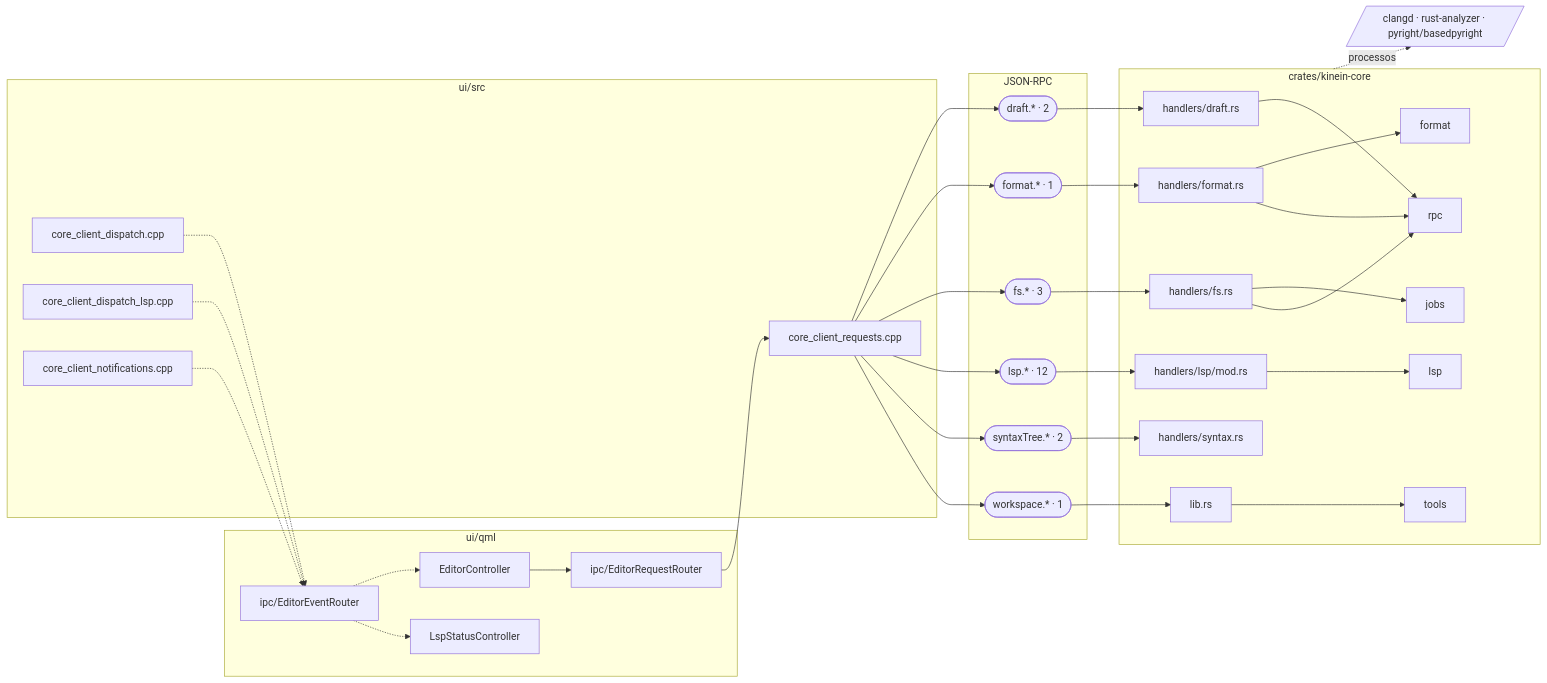
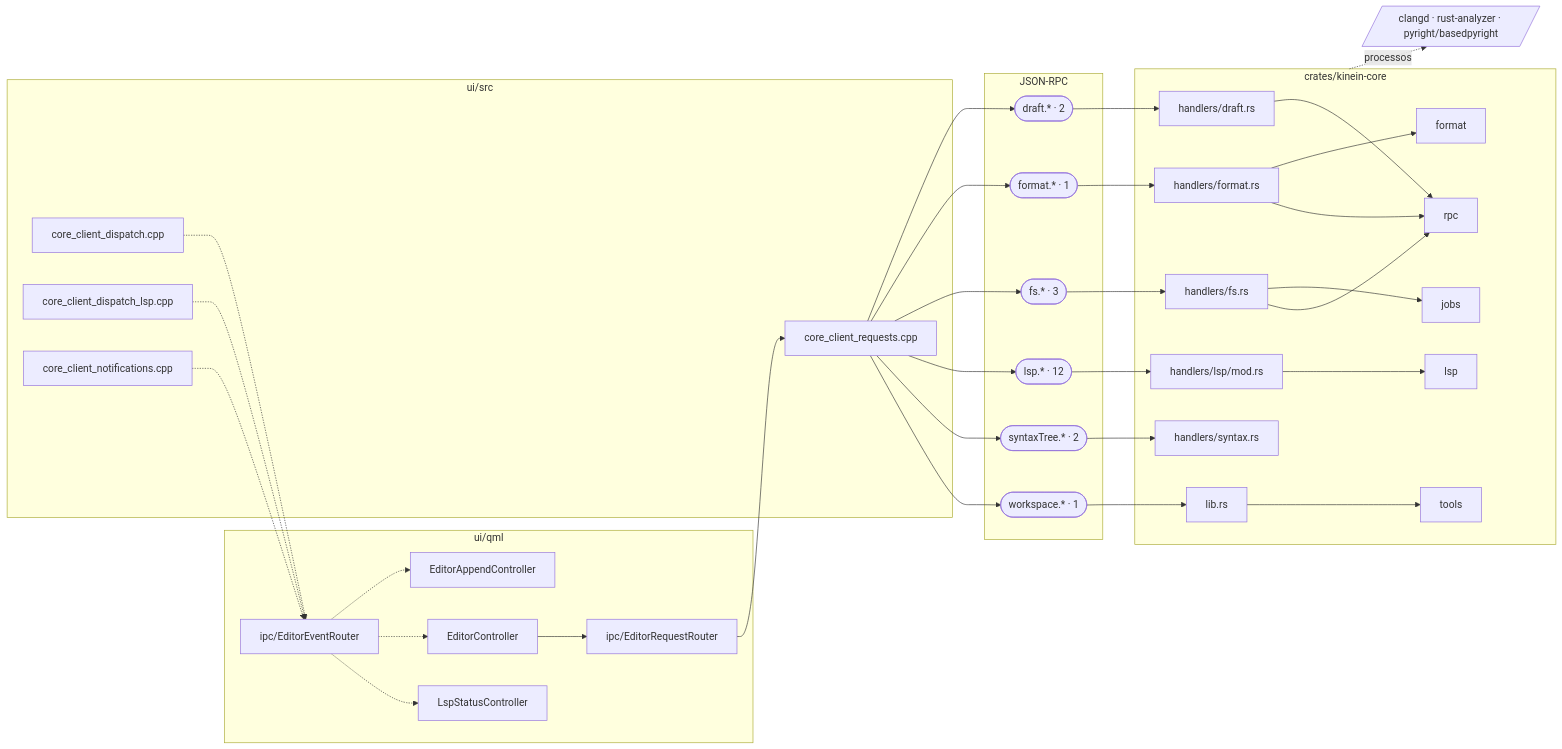
The fifth of 16 diagrams in DocsPublic/arquitetura/01-mapa-de-modulos.md (ViktorWalde/KineinVectis), drawn with Mermaid before and after one commit. The commit also changed other lines of this file and 32 other files, not shown here.

````diff
--- a/DocsPublic/arquitetura/01-mapa-de-modulos.md
+++ b/DocsPublic/arquitetura/01-mapa-de-modulos.md
@@ -402,64 +402,66 @@
 ```mermaid
 flowchart LR
   subgraph QML["ui/qml"]
+    n_ui_qml_editor_EditorAppendController_qml["EditorAppendController"]
     n_ui_qml_editor_EditorController_qml["EditorController"]
     n_ui_qml_workspace_LspStatusController_qml["LspStatusController"]
     n_ui_qml_ipc_EditorRequestRouter_qml["ipc/EditorRequestRouter"]
     n_ui_qml_ipc_EditorEventRouter_qml["ipc/EditorEventRouter"]
   end
   subgraph CPP["ui/src"]
     n_ui_src_core_client_dispatch_cpp["core_client_dispatch.cpp"]
     n_ui_src_core_client_dispatch_lsp_cpp["core_client_dispatch_lsp.cpp"]
     n_ui_src_core_client_notifications_cpp["core_client_notifications.cpp"]
     n_ui_src_core_client_requests_cpp["core_client_requests.cpp"]
   end
   subgraph IPC["JSON-RPC"]
     n_ipc_draft(["draft.* · 2"])
     n_ipc_format(["format.* · 1"])
     n_ipc_fs(["fs.* · 3"])
     n_ipc_lsp(["lsp.* · 12"])
     n_ipc_syntaxTree(["syntaxTree.* · 2"])
     n_ipc_workspace(["workspace.* · 1"])
   end
   subgraph CORE["crates/kinein-core"]
     n_crates_kinein_core_src_handlers_draft_rs["handlers/draft.rs"]
     n_crates_kinein_core_src_handlers_format_rs["handlers/format.rs"]
     n_crates_kinein_core_src_handlers_fs_rs["handlers/fs.rs"]
     n_crates_kinein_core_src_handlers_lsp_mod_rs["handlers/lsp/mod.rs"]
     n_crates_kinein_core_src_handlers_syntax_rs["handlers/syntax.rs"]
     n_crates_kinein_core_src_lib_rs["lib.rs"]
     n_core_format[format]
     n_core_jobs[jobs]
     n_core_lsp[lsp]
     n_core_rpc[rpc]
     n_core_tools[tools]
   end
   n_tools_editor[/"clangd · rust-analyzer · pyright/basedpyright"/]
   n_ui_qml_editor_EditorController_qml --> n_ui_qml_ipc_EditorRequestRouter_qml
+  n_ui_qml_ipc_EditorEventRouter_qml -.-> n_ui_qml_editor_EditorAppendController_qml
   n_ui_qml_ipc_EditorEventRouter_qml -.-> n_ui_qml_editor_EditorController_qml
   n_ui_qml_ipc_EditorEventRouter_qml -.-> n_ui_qml_workspace_LspStatusController_qml
   n_ui_qml_ipc_EditorRequestRouter_qml --> n_ui_src_core_client_requests_cpp
   n_ui_src_core_client_dispatch_cpp -.-> n_ui_qml_ipc_EditorEventRouter_qml
   n_ui_src_core_client_dispatch_lsp_cpp -.-> n_ui_qml_ipc_EditorEventRouter_qml
   n_ui_src_core_client_notifications_cpp -.-> n_ui_qml_ipc_EditorEventRouter_qml
   n_ui_src_core_client_requests_cpp --> n_ipc_draft
   n_ui_src_core_client_requests_cpp --> n_ipc_format
   n_ui_src_core_client_requests_cpp --> n_ipc_fs
   n_ui_src_core_client_requests_cpp --> n_ipc_lsp
   n_ui_src_core_client_requests_cpp --> n_ipc_syntaxTree
   n_ui_src_core_client_requests_cpp --> n_ipc_workspace
   n_ipc_draft --> n_crates_kinein_core_src_handlers_draft_rs
   n_crates_kinein_core_src_handlers_draft_rs --> n_core_rpc
   n_ipc_format --> n_crates_kinein_core_src_handlers_format_rs
   n_crates_kinein_core_src_handlers_format_rs --> n_core_format
   n_crates_kinein_core_src_handlers_format_rs --> n_core_rpc
   n_ipc_fs --> n_crates_kinein_core_src_handlers_fs_rs
   n_crates_kinein_core_src_handlers_fs_rs --> n_core_jobs
   n_crates_kinein_core_src_handlers_fs_rs --> n_core_rpc
   n_ipc_lsp --> n_crates_kinein_core_src_handlers_lsp_mod_rs
   n_crates_kinein_core_src_handlers_lsp_mod_rs --> n_core_lsp
   n_ipc_syntaxTree --> n_crates_kinein_core_src_handlers_syntax_rs
   n_ipc_workspace --> n_crates_kinein_core_src_lib_rs
   n_crates_kinein_core_src_lib_rs --> n_core_tools
   CORE -.->|processos| n_tools_editor
 ```
````
